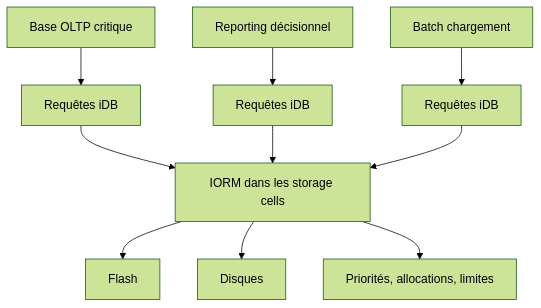
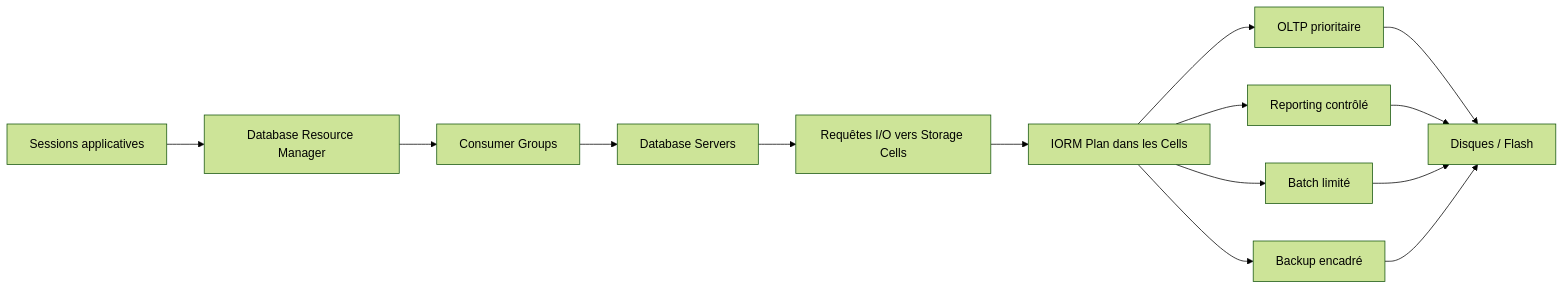
Before and after one commit to zdmooc/oracle-exadata-infra-ha-dr-course-labs-v5: the diagram in modules/08-iorm.md, drawn with Mermaid (forest theme). The commit also changed other lines of this file and 1 other file, not shown here.

Commit message:
fix: rewrite IORM module as clean V5 expert chapter

````diff
--- a/modules/08-iorm.md
+++ b/modules/08-iorm.md
@@ -162,12 +68,16 @@
 ```mermaid
-flowchart TD
-    DB1[Base OLTP critique] --> IDB1[Requêtes iDB]
-    DB2[Reporting décisionnel] --> IDB2[Requêtes iDB]
-    DB3[Batch chargement] --> IDB3[Requêtes iDB]
-    IDB1 --> CELL[IORM dans les storage cells]
-    IDB2 --> CELL
-    IDB3 --> CELL
-    CELL --> FLASH[Flash]
-    CELL --> DISK[Disques]
-    CELL --> POLICY[Priorités, allocations, limites]
+flowchart LR
+    A[Sessions applicatives] --> B[Database Resource Manager]
+    B --> C[Consumer Groups]
+    C --> D[Database Servers]
+    D --> E[Requêtes I/O vers Storage Cells]
+    E --> F[IORM Plan dans les Cells]
+    F --> G1[OLTP prioritaire]
+    F --> G2[Reporting contrôlé]
+    F --> G3[Batch limité]
+    F --> G4[Backup encadré]
+    G1 --> H[Disques / Flash]
+    G2 --> H
+    G3 --> H
+    G4 --> H
 ```
````
